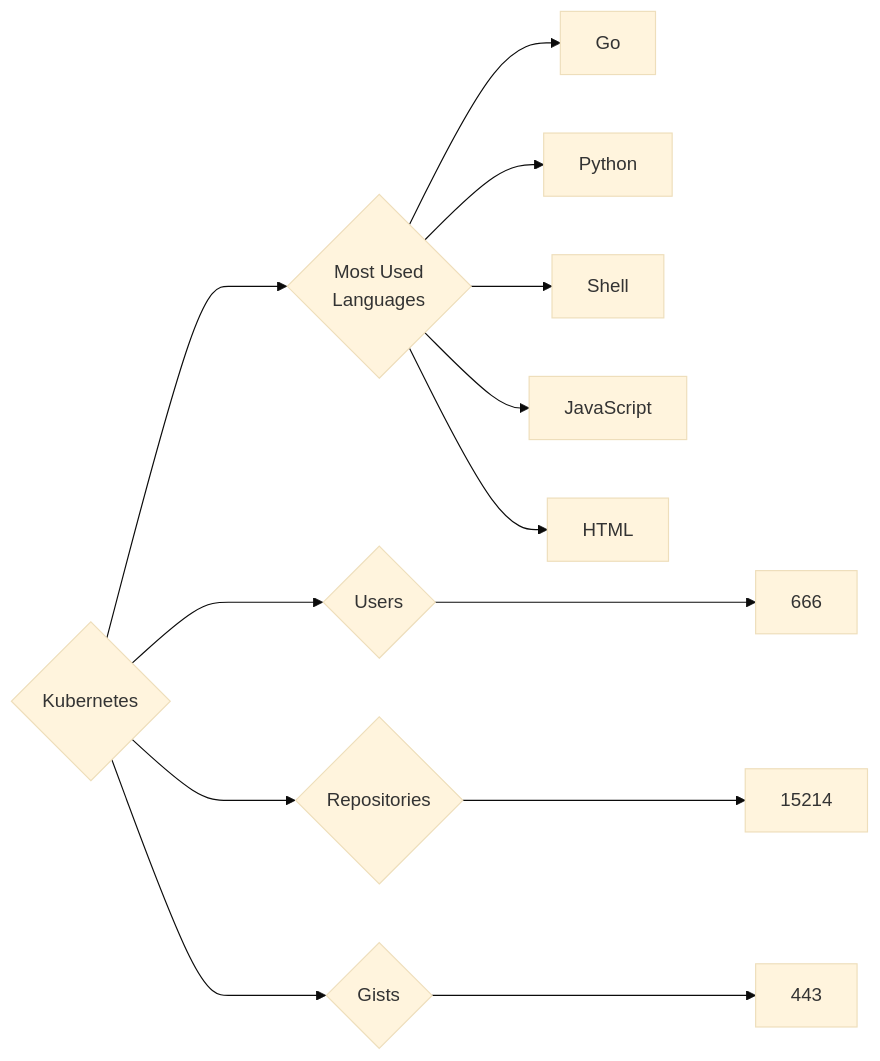
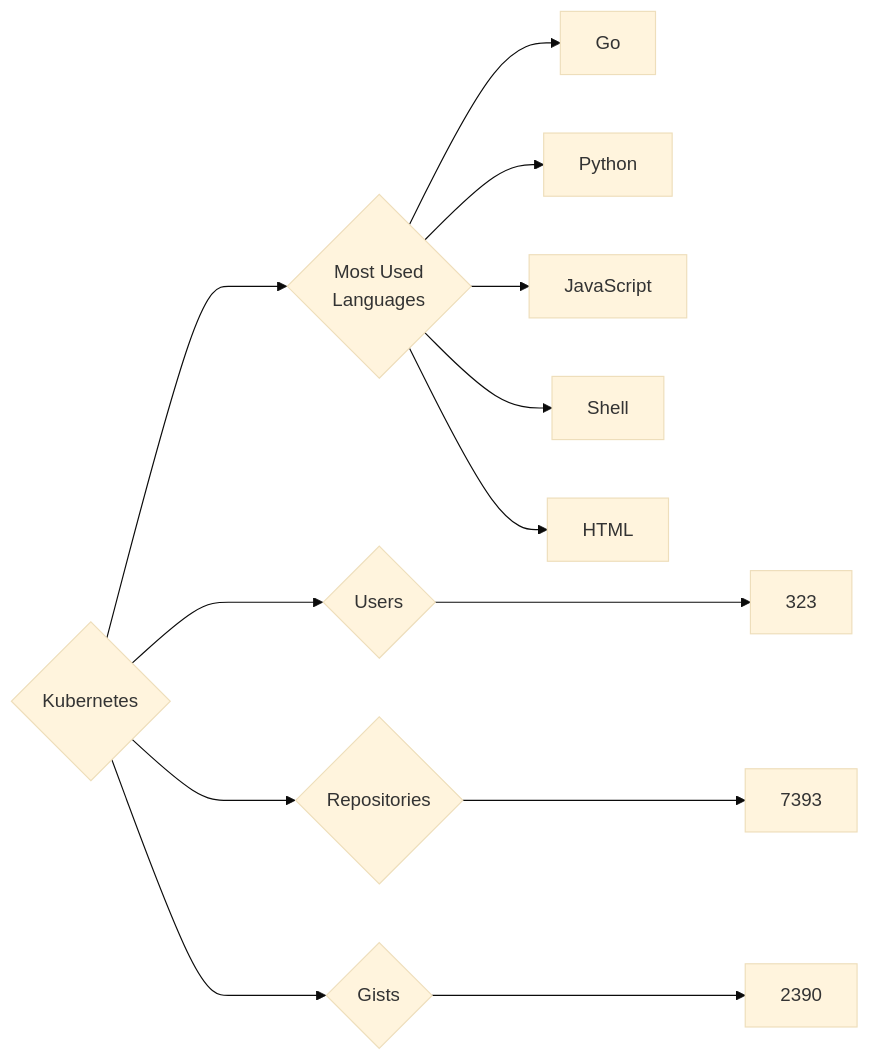
One commit to trickest/insiders changed the diagram in targets/Kubernetes/README.md. Above: the diagram before and after it, drawn with Mermaid (base theme). The commit also changed 944 other files, not shown here.

````diff
--- a/targets/Kubernetes/README.md
+++ b/targets/Kubernetes/README.md
@@ -3,13 +3,13 @@
 ```mermaid
 graph LR
 COMPANY_NAME{Kubernetes}
-COMPANY_NAME ---> U{Users} ---> UN[666]
-COMPANY_NAME ---> R{Repositories} ---> RN[15214]
-COMPANY_NAME ---> G{Gists} ---> GN[443]
+COMPANY_NAME ---> U{Users} ---> UN[323]
+COMPANY_NAME ---> R{Repositories} ---> RN[7393]
+COMPANY_NAME ---> G{Gists} ---> GN[2390]
 COMPANY_NAME ---> ML{Most Used<br>Languages}
 ML --> Go[Go]
 ML --> Python[Python]
+ML --> JavaScript[JavaScript]
 ML --> Shell[Shell]
-ML --> JavaScript[JavaScript]
 ML --> HTML[HTML]
 ```
````
